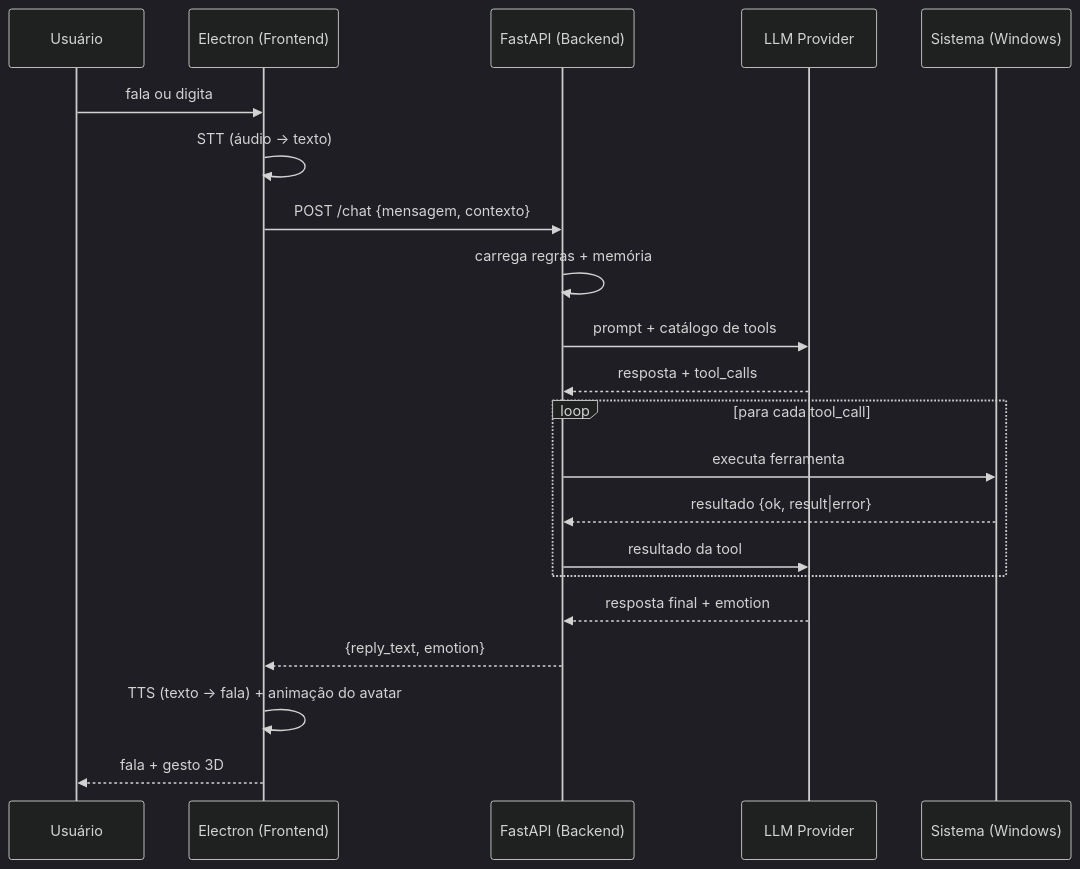
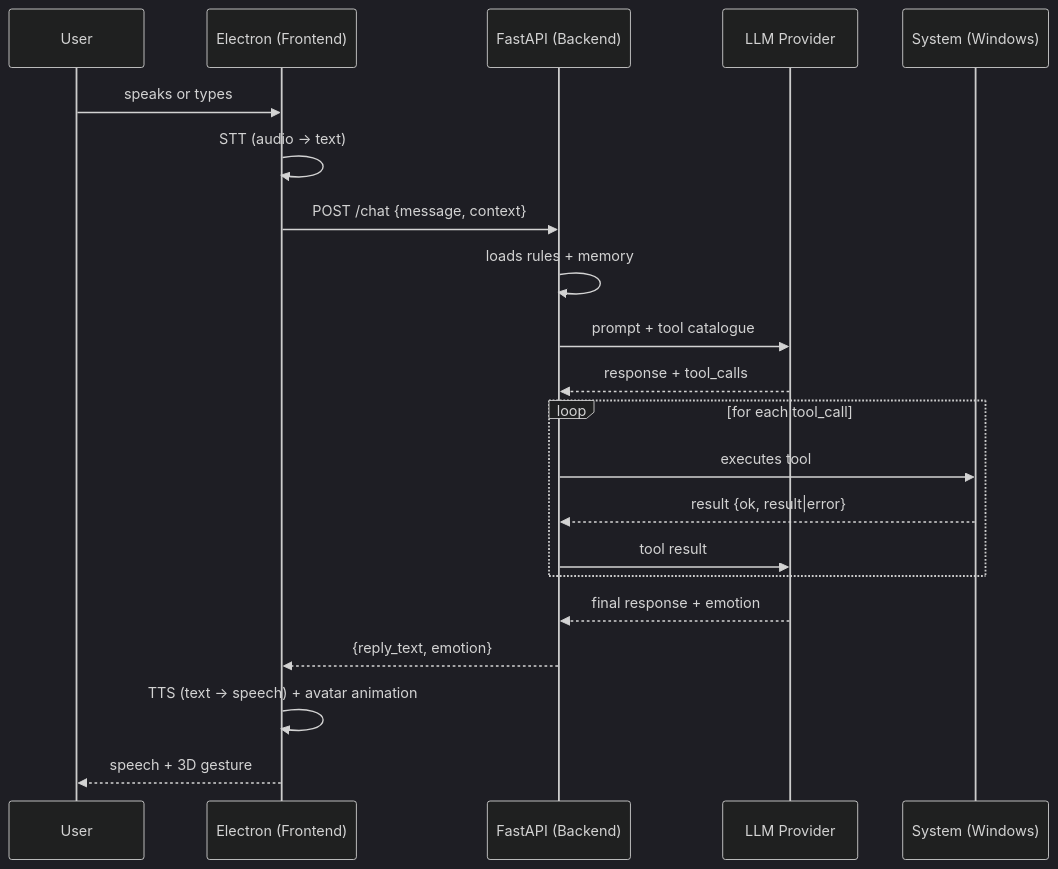
The first of 4 diagrams in docs/diagrams/architecture.md (WinstonPereira/diana-ai-agent-showcase), drawn with Mermaid (dark theme) before and after one commit. The commit also changed other lines of this file, not shown here.

Commit message:
docs: translate architecture diagrams to English

````diff
--- a/docs/diagrams/architecture.md
+++ b/docs/diagrams/architecture.md
@@ -5,24 +5,24 @@
 ```mermaid
 sequenceDiagram
-    participant U as Usuário
+    participant U as User
     participant E as Electron (Frontend)
     participant F as FastAPI (Backend)
     participant L as LLM Provider
-    participant S as Sistema (Windows)
+    participant S as System (Windows)
 
-    U->>E: fala ou digita
-    E->>E: STT (áudio → texto)
-    E->>F: POST /chat {mensagem, contexto}
-    F->>F: carrega regras + memória
-    F->>L: prompt + catálogo de tools
-    L-->>F: resposta + tool_calls
-    loop para cada tool_call
-        F->>S: executa ferramenta
-        S-->>F: resultado {ok, result|error}
-        F->>L: resultado da tool
+    U->>E: speaks or types
+    E->>E: STT (audio → text)
+    E->>F: POST /chat {message, context}
+    F->>F: loads rules + memory
+    F->>L: prompt + tool catalogue
+    L-->>F: response + tool_calls
+    loop for each tool_call
+        F->>S: executes tool
+        S-->>F: result {ok, result|error}
+        F->>L: tool result
     end
-    L-->>F: resposta final + emotion
+    L-->>F: final response + emotion
     F-->>E: {reply_text, emotion}
-    E->>E: TTS (texto → fala) + animação do avatar
-    E-->>U: fala + gesto 3D
+    E->>E: TTS (text → speech) + avatar animation
+    E-->>U: speech + 3D gesture
 ```
````
